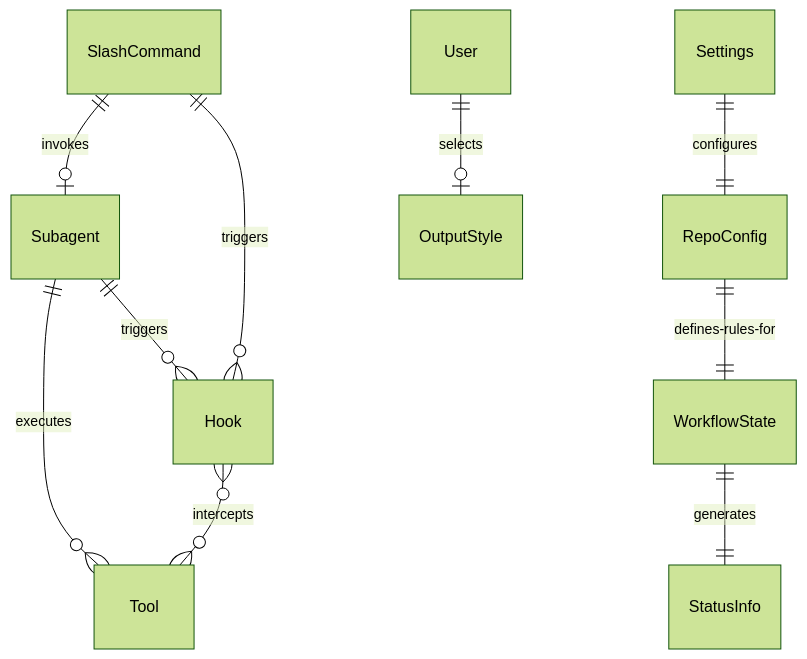
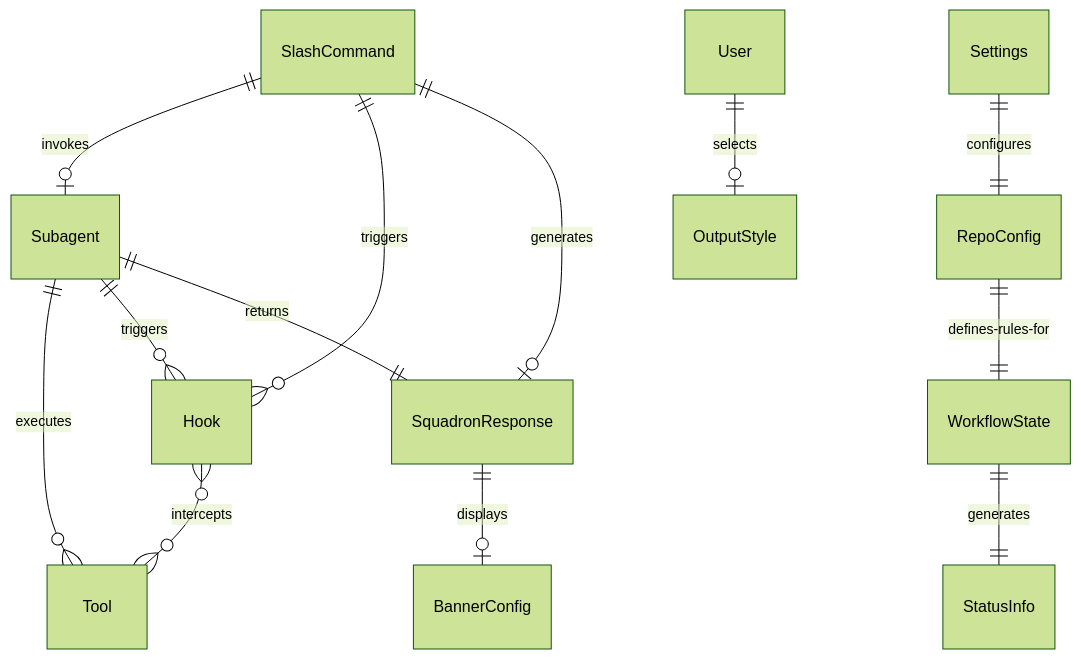
The diagram in specs/001-spec-md/data-model.md (slamb2k/han-solo), drawn with Mermaid (forest theme) before and after one commit. The commit also changed other lines of this file and 19 other files, not shown here.

````diff
--- a/specs/001-spec-md/data-model.md
+++ b/specs/001-spec-md/data-model.md
@@ -146,12 +188,15 @@
 ```mermaid
 erDiagram
     SlashCommand ||--o| Subagent : invokes
     SlashCommand ||--o{ Hook : triggers
+    SlashCommand ||--o| SquadronResponse : generates
     Subagent ||--o{ Tool : executes
     Subagent ||--o{ Hook : triggers
+    Subagent ||--|| SquadronResponse : returns
     Hook }o--o{ Tool : intercepts
     Settings ||--|| RepoConfig : configures
     WorkflowState ||--|| StatusInfo : generates
     User ||--o| OutputStyle : selects
     RepoConfig ||--|| WorkflowState : defines-rules-for
+    SquadronResponse ||--o| BannerConfig : displays
 ```
````
